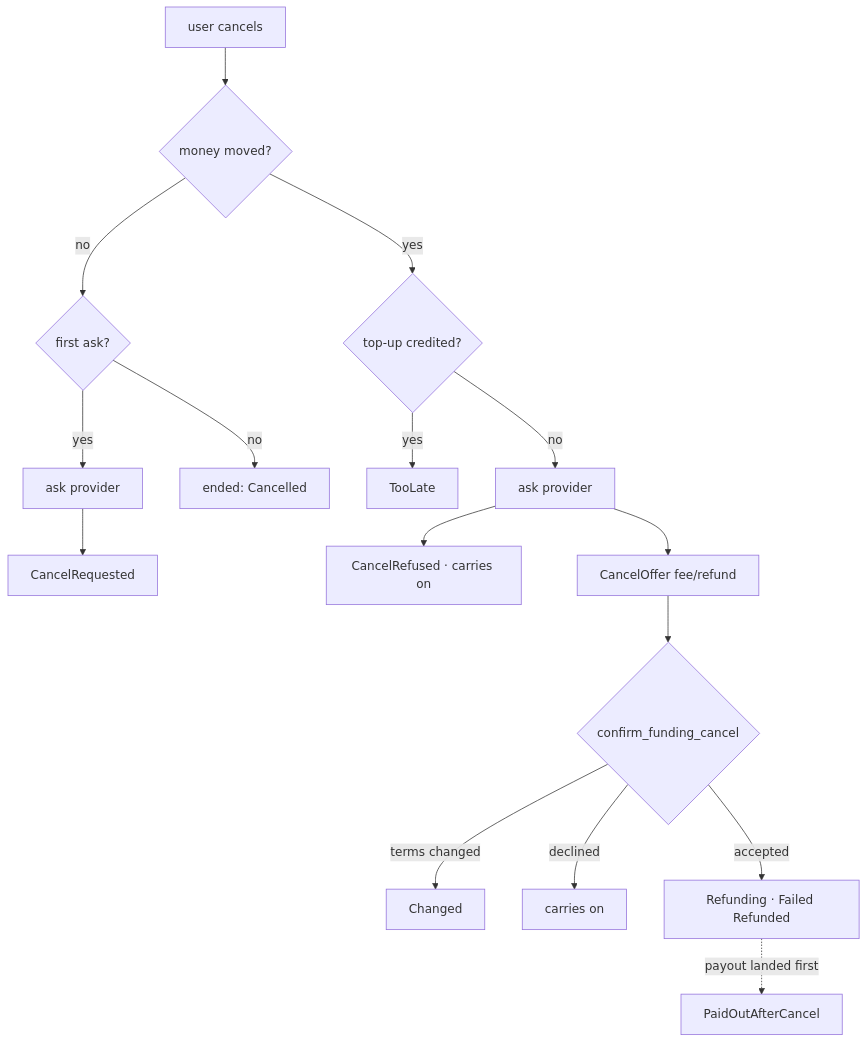
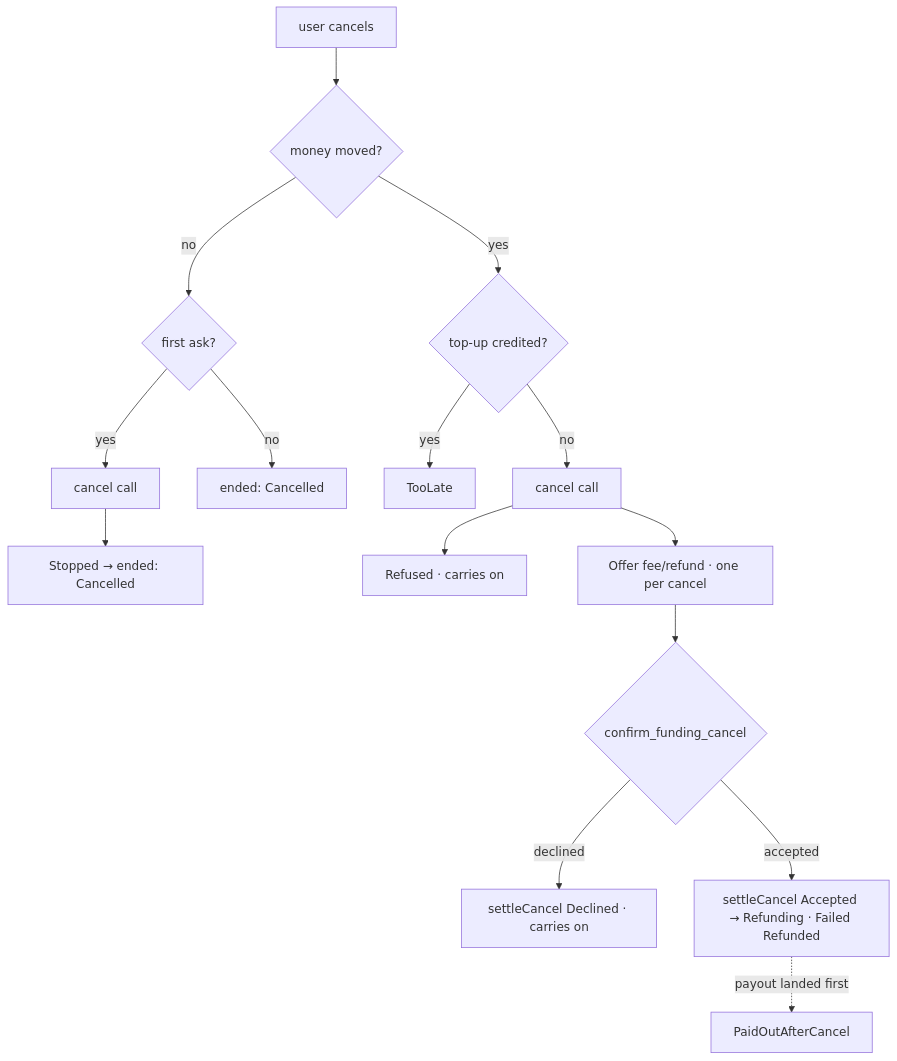
The sixth of 8 diagrams in docs/design/funding-modality.md (paritytech/trinity-user-agents), drawn with Mermaid before and after one commit. The commit also changed other lines of this file, not shown here.

Commit message:
docs(design): the core calls the provider's worker; one offer per cancel

````diff
--- a/docs/design/funding-modality.md
+++ b/docs/design/funding-modality.md
@@ -152,17 +154,16 @@
 ```mermaid
 flowchart TD
   c[user cancels] --> mm{money moved?}
   mm -- no --> first{first ask?}
-  first -- yes --> ask[ask provider] --> wait[CancelRequested]
+  first -- yes --> ask[cancel call] --> stopped[Stopped → ended: Cancelled]
   first -- no --> ended[ended: Cancelled]
   mm -- yes --> late{top-up credited?}
   late -- yes --> toolate[TooLate]
-  late -- no --> req[ask provider]
-  req --> refused[CancelRefused · carries on]
-  req --> offer[CancelOffer fee/refund]
+  late -- no --> req[cancel call]
+  req --> refused[Refused · carries on]
+  req --> offer[Offer fee/refund · one per cancel]
   offer --> confirm{confirm_funding_cancel}
-  confirm -- terms changed --> changed[Changed]
-  confirm -- declined --> on[carries on]
-  confirm -- accepted --> refund[Refunding · Failed Refunded]
+  confirm -- declined --> on[settleCancel Declined · carries on]
+  confirm -- accepted --> refund[settleCancel Accepted → Refunding · Failed Refunded]
   refund -. payout landed first .-> paid[PaidOutAfterCancel]
 ```
````
